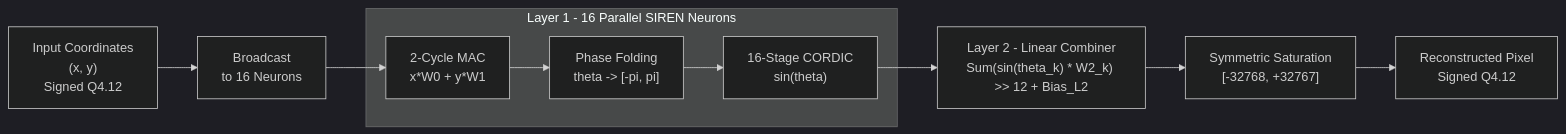
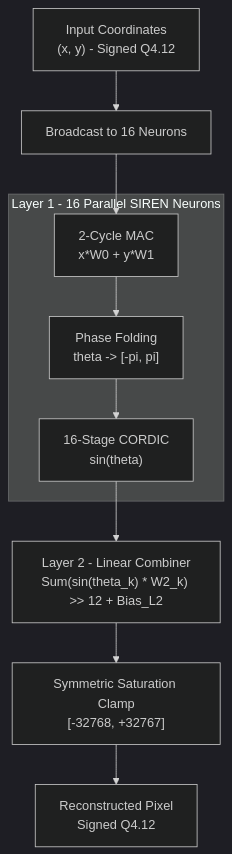
The diagram in README.md (VishKamath/siren-inr-asic-accelerator), drawn with Mermaid (dark theme) before and after one commit.

````diff
--- a/README.md
+++ b/README.md
@@ -35,24 +35,26 @@
 ```mermaid
-flowchart LR
+flowchart TD
 
-    A["Input Coordinates<br/>(x, y)<br/>Signed Q4.12"]
-    B["Broadcast<br/>to 16 Neurons"]
+    A["Input Coordinates<br/>(x, y) - Signed Q4.12"]
+    B["Broadcast to 16 Neurons"]
+
+    A --> B
 
     subgraph L1["Layer 1 - 16 Parallel SIREN Neurons"]
         C["2-Cycle MAC<br/>x*W0 + y*W1"]
         D["Phase Folding<br/>theta -> [-pi, pi]"]
         E["16-Stage CORDIC<br/>sin(theta)"]
-        C --> D
-        D --> E
+
+        C --> D --> E
     end
 
+    B --> C
+
     F["Layer 2 - Linear Combiner<br/>Sum(sin(theta_k) * W2_k) >> 12 + Bias_L2"]
-    G["Symmetric Saturation<br/>[-32768, +32767]"]
+    G["Symmetric Saturation Clamp<br/>[-32768, +32767]"]
     H["Reconstructed Pixel<br/>Signed Q4.12"]
 
-    A --> B
-    B --> C
     E --> F
     F --> G
     G --> H
 ```
````
